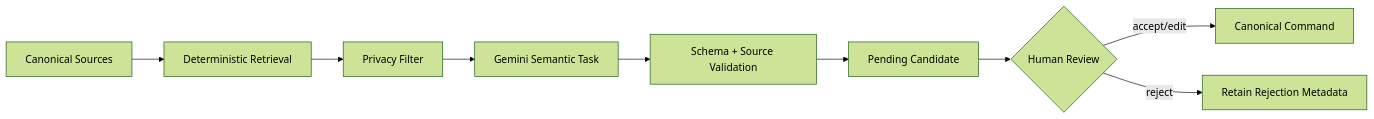
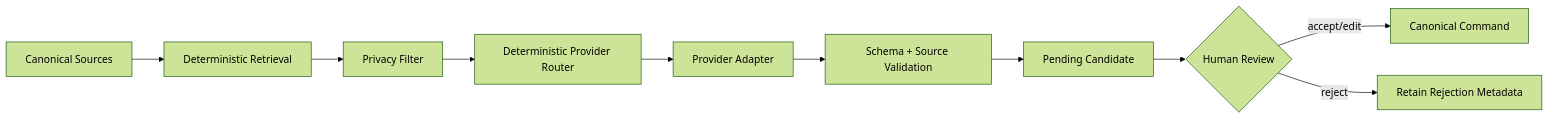
The seventh of 11 diagrams in docs/diagrams/CORE-ARCHITECTURE-DIAGRAMS.md (WiefranVarenzo/Continuum), drawn with Mermaid (forest theme) before and after one commit. The commit also changed other lines of this file and 24 other files, not shown here.

````diff
--- a/docs/diagrams/CORE-ARCHITECTURE-DIAGRAMS.md
+++ b/docs/diagrams/CORE-ARCHITECTURE-DIAGRAMS.md
@@ -103,11 +110,12 @@
 ```mermaid
 flowchart LR
   S[Canonical Sources] --> R[Deterministic Retrieval]
   R --> P[Privacy Filter]
-  P --> G[Gemini Semantic Task]
+  P --> RTE[Deterministic Provider Router]
+  RTE --> G[Provider Adapter]
   G --> SV[Schema + Source Validation]
   SV --> C[Pending Candidate]
   C --> H{Human Review}
   H -->|accept/edit| CMD[Canonical Command]
   H -->|reject| X[Retain Rejection Metadata]
 ```
````
